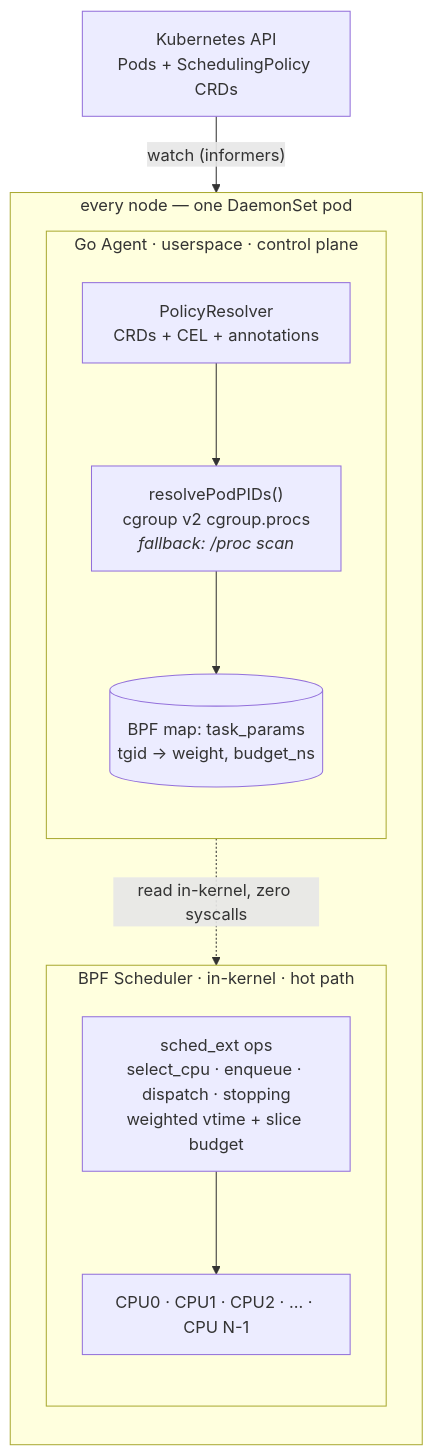
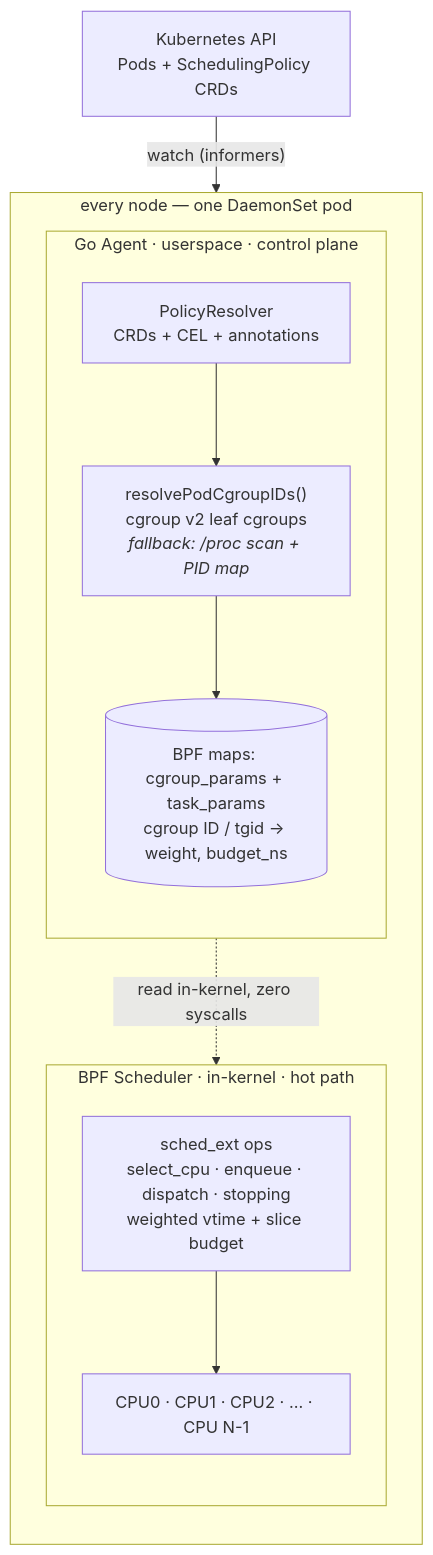
One commit to Fengrru/k8s-sched changed the diagram in README.md. Above: the diagram before and after it, drawn with Mermaid. The commit also changed other lines of this file and 34 other files, not shown here.

````diff
--- a/README.md
+++ b/README.md
@@ -70,24 +72,24 @@
 ```mermaid
 flowchart TB
     API["Kubernetes API<br/>Pods + SchedulingPolicy CRDs"]
 
     subgraph node ["every node — one DaemonSet pod"]
         direction TB
         subgraph agent ["Go Agent · userspace · control plane"]
             direction TB
             resolver["PolicyResolver<br/>CRDs + CEL + annotations"]
-            pids["resolvePodPIDs()<br/>cgroup v2 cgroup.procs<br/><i>fallback: /proc scan</i>"]
-            map[("BPF map: task_params<br/>tgid → weight, budget_ns")]
+            pids["resolvePodCgroupIDs()<br/>cgroup v2 leaf cgroups<br/><i>fallback: /proc scan + PID map</i>"]
+            map[("BPF maps: cgroup_params + task_params<br/>cgroup ID / tgid → weight, budget_ns")]
             resolver --> pids --> map
         end
         subgraph bpf ["BPF Scheduler · in-kernel · hot path"]
             direction TB
             ops["sched_ext ops<br/>select_cpu · enqueue · dispatch · stopping<br/>weighted vtime + slice budget"]
             cpus["CPU0 · CPU1 · CPU2 · … · CPU N-1"]
             ops --> cpus
         end
         map -. "read in-kernel, zero syscalls" .-> ops
     end
 
     API -- "watch (informers)" --> resolver
 ```
````
